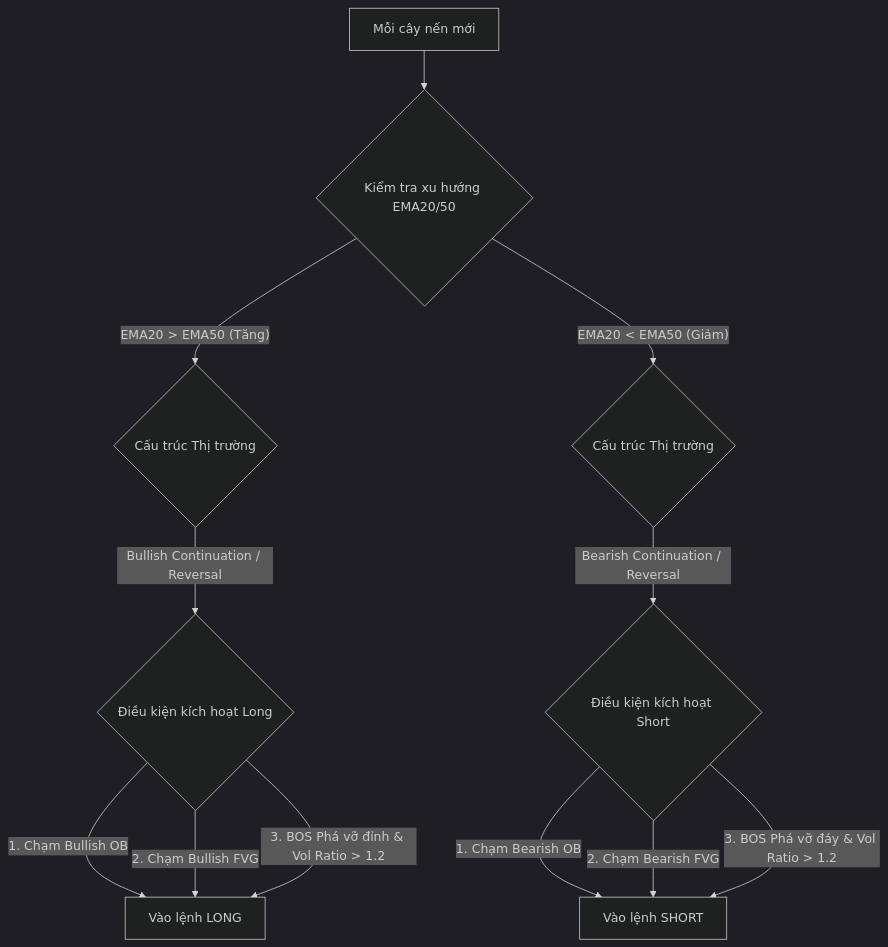
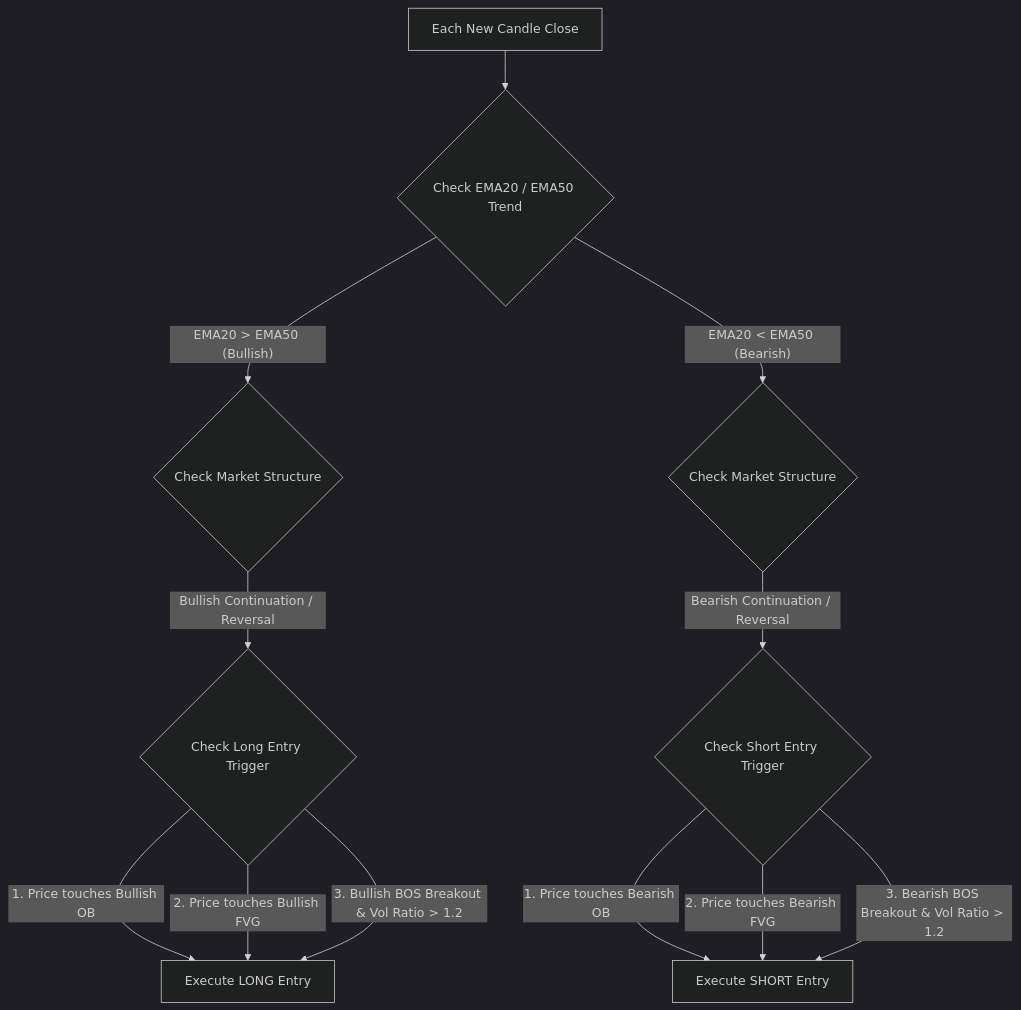
Before and after one commit to hnkk12/LLM_trading_ScienceResearch: the diagram in logicbaseline.md, drawn with Mermaid (dark theme). The commit also changed other lines of this file and 77 other files, not shown here.

````diff
--- a/logicbaseline.md
+++ b/logicbaseline.md
@@ -60,17 +60,17 @@
 ```mermaid
 graph TD
-    A[Mỗi cây nến mới] --> B{Kiểm tra xu hướng EMA20/50}
-    B -- EMA20 > EMA50 (Tăng) --> C{Cấu trúc Thị trường}
-    B -- EMA20 < EMA50 (Giảm) --> D{Cấu trúc Thị trường}
+    A[Each New Candle Close] --> B{Check EMA20 / EMA50 Trend}
+    B -- "EMA20 > EMA50 (Bullish)" --> C{Check Market Structure}
+    B -- "EMA20 < EMA50 (Bearish)" --> D{Check Market Structure}
     
-    C -- Bullish Continuation / Reversal --> E{Điều kiện kích hoạt Long}
-    D -- Bearish Continuation / Reversal --> F{Điều kiện kích hoạt Short}
+    C -- Bullish Continuation / Reversal --> E{Check Long Entry Trigger}
+    D -- Bearish Continuation / Reversal --> F{Check Short Entry Trigger}
     
-    E -- 1. Chạm Bullish OB --> G[Vào lệnh LONG]
-    E -- 2. Chạm Bullish FVG --> G
-    E -- 3. BOS Phá vỡ đỉnh & Vol Ratio > 1.2 --> G
+    E -- "1. Price touches Bullish OB" --> G[Execute LONG Entry]
+    E -- "2. Price touches Bullish FVG" --> G
+    E -- "3. Bullish BOS Breakout & Vol Ratio > 1.2" --> G
     
-    F -- 1. Chạm Bearish OB --> H[Vào lệnh SHORT]
-    F -- 2. Chạm Bearish FVG --> H
-    F -- 3. BOS Phá vỡ đáy & Vol Ratio > 1.2 --> H
+    F -- "1. Price touches Bearish OB" --> H[Execute SHORT Entry]
+    F -- "2. Price touches Bearish FVG" --> H
+    F -- "3. Bearish BOS Breakout & Vol Ratio > 1.2" --> H
 ```
````
